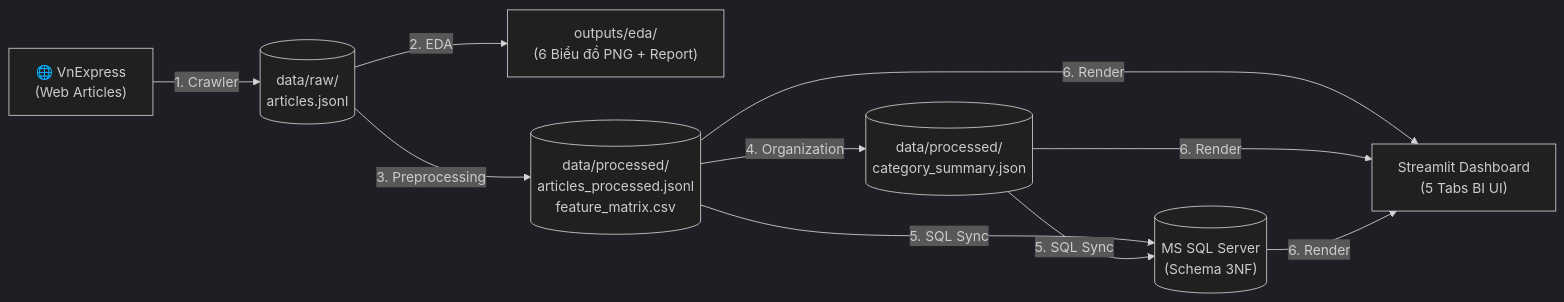
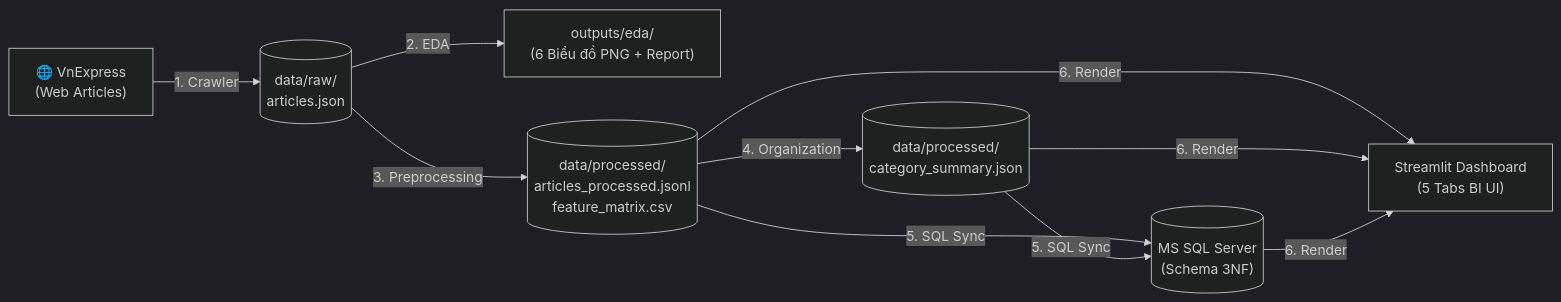
The diagram in README.md (Trunghieu2007/ADY201m-Project), drawn with Mermaid (dark theme) before and after one commit. The commit also changed other lines of this file and 12 other files, not shown here.

Commit message:
refactor: cap nhat crawler theo DOM thuc te, xuat articles.json va loai bo ma bam SHA256

````diff
--- a/README.md
+++ b/README.md
@@ -57,9 +57,9 @@
 ```mermaid
 flowchart LR
-    A["🌐 VnExpress\n(Web Articles)"] -->|1. Crawler| B[("data/raw/\narticles.jsonl")]
+    A["🌐 VnExpress\n(Web Articles)"] -->|1. Crawler| B[("data/raw/\narticles.json")]
     B -->|2. EDA| C["outputs/eda/\n(6 Biểu đồ PNG + Report)"]
     B -->|3. Preprocessing| D[("data/processed/\narticles_processed.jsonl\nfeature_matrix.csv")]
     D -->|4. Organization| E[("data/processed/\ncategory_summary.json")]
     D & E -->|5. SQL Sync| F[("MS SQL Server\n(Schema 3NF)")]
     D & E & F -->|6. Render| G["Streamlit Dashboard\n(5 Tabs BI UI)"]
 ```
````
